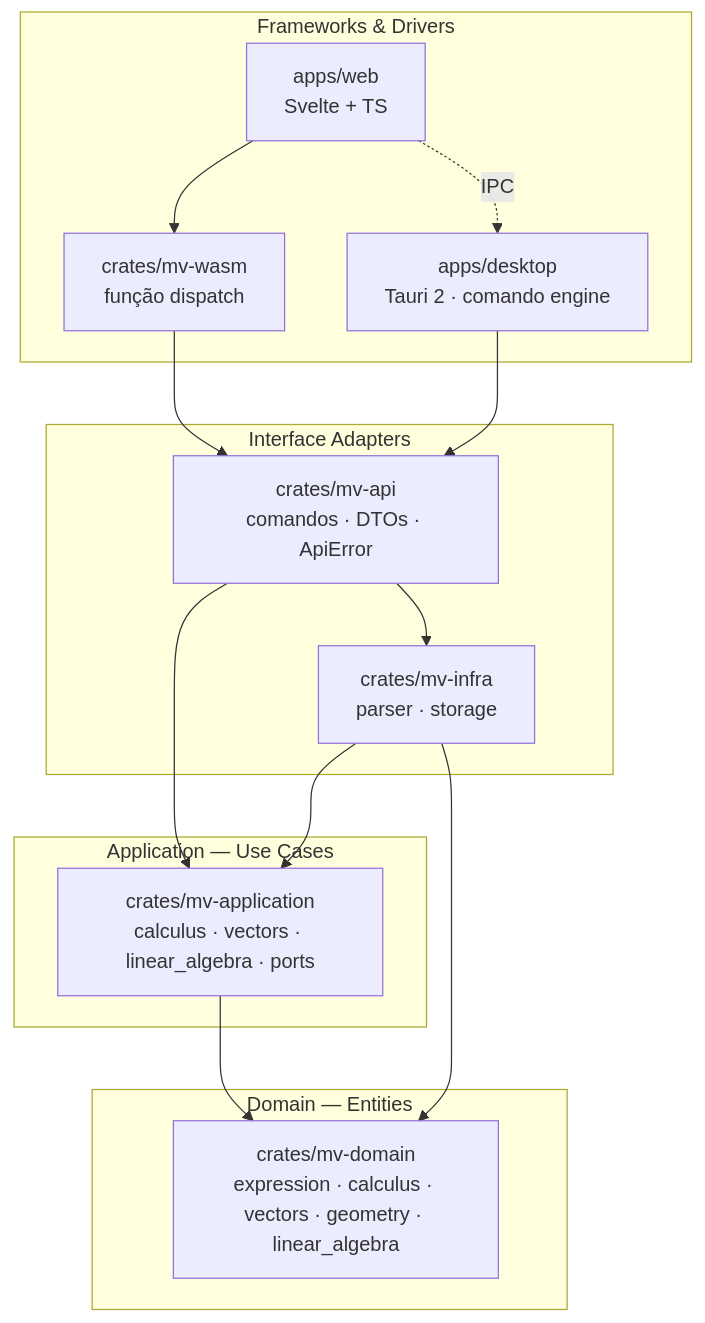
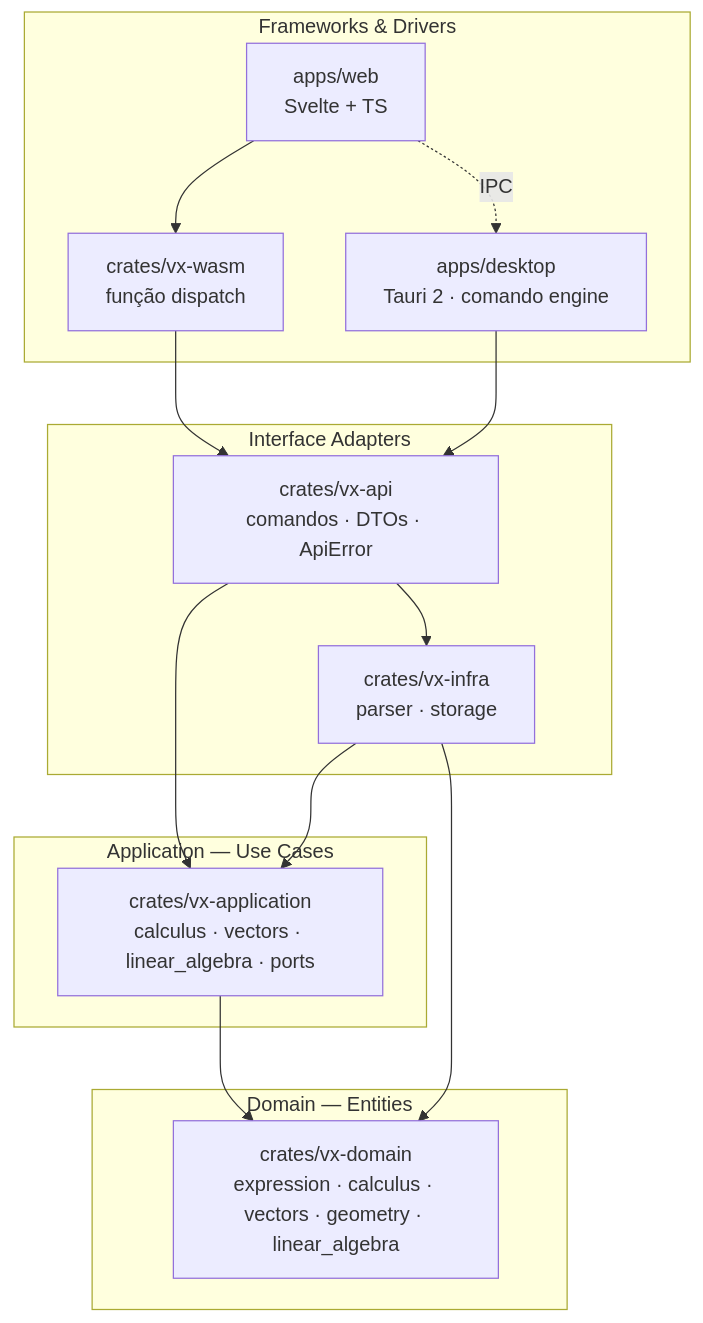
One commit to CauaDecoder/bad-at-calculus changed the fourth of 5 diagrams in docs/03-arquitetura/visao-geral.md. Above: the diagram before and after it, drawn with Mermaid. The commit also changed other lines of this file and 49 other files, not shown here.

````diff
--- a/docs/03-arquitetura/visao-geral.md
+++ b/docs/03-arquitetura/visao-geral.md
@@ -100,28 +121,28 @@
 ```mermaid
 flowchart TB
     subgraph FD["Frameworks & Drivers"]
         WEB["apps/web<br/>Svelte + TS"]
         DESK["apps/desktop<br/>Tauri 2 · comando engine"]
-        WASM["crates/mv-wasm<br/>função dispatch"]
+        WASM["crates/vx-wasm<br/>função dispatch"]
     end
     subgraph IA["Interface Adapters"]
-        API["crates/mv-api<br/>comandos · DTOs · ApiError"]
-        INFRA["crates/mv-infra<br/>parser · storage"]
+        API["crates/vx-api<br/>comandos · DTOs · ApiError"]
+        INFRA["crates/vx-infra<br/>parser · storage"]
     end
     subgraph UC["Application — Use Cases"]
-        APP["crates/mv-application<br/>calculus · vectors · linear_algebra · ports"]
+        APP["crates/vx-application<br/>calculus · vectors · linear_algebra · ports"]
     end
     subgraph EN["Domain — Entities"]
-        DOM["crates/mv-domain<br/>expression · calculus · vectors · geometry · linear_algebra"]
+        DOM["crates/vx-domain<br/>expression · calculus · vectors · geometry · linear_algebra"]
     end
 
     WEB --> WASM
     WEB -. IPC .-> DESK
     DESK --> API
     WASM --> API
     API --> APP
     API --> INFRA
     INFRA --> APP
     INFRA --> DOM
     APP --> DOM
 ```
````
